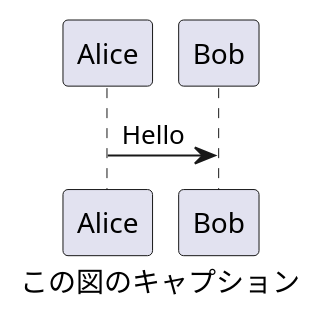
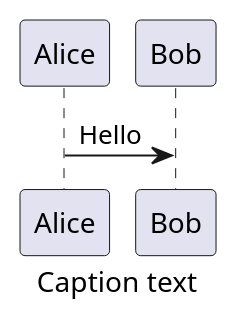
Before and after one commit to Hondarer/AI-prompts: the first of 2 diagrams in global/.claude/CLAUDE.md, drawn with PlantUML. The commit also changed other lines of this file and 3 other files, not shown here.

````diff
--- a/global/.claude/CLAUDE.md
+++ b/global/.claude/CLAUDE.md
@@ -153,6 +132,6 @@
 ```plantuml
-@startuml この図のキャプション
-    caption この図のキャプション
+@startuml Caption text
+    caption Caption text
     Alice->Bob : Hello
 @enduml
 ```
````
